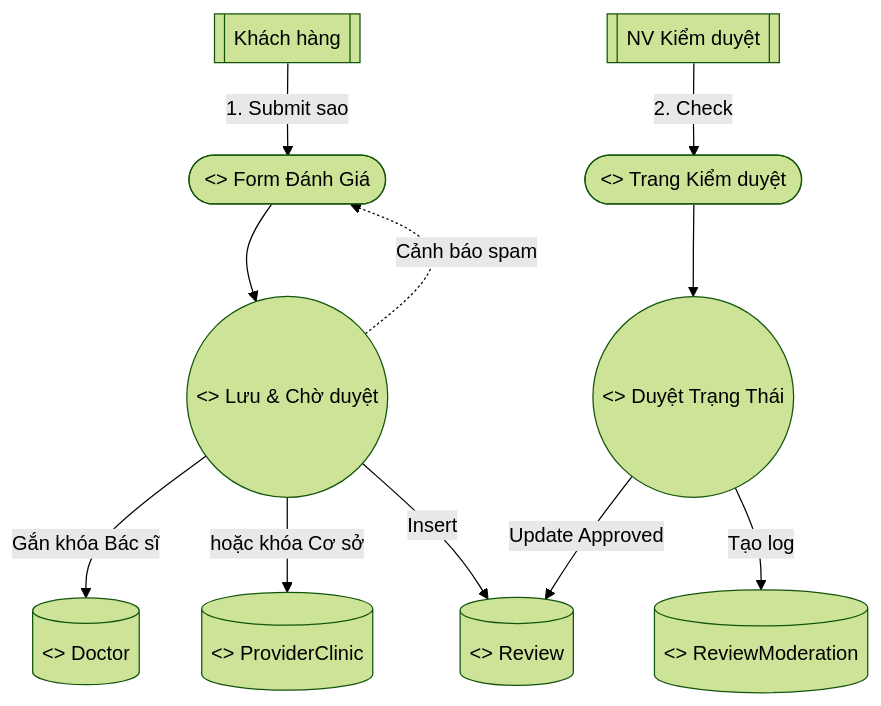
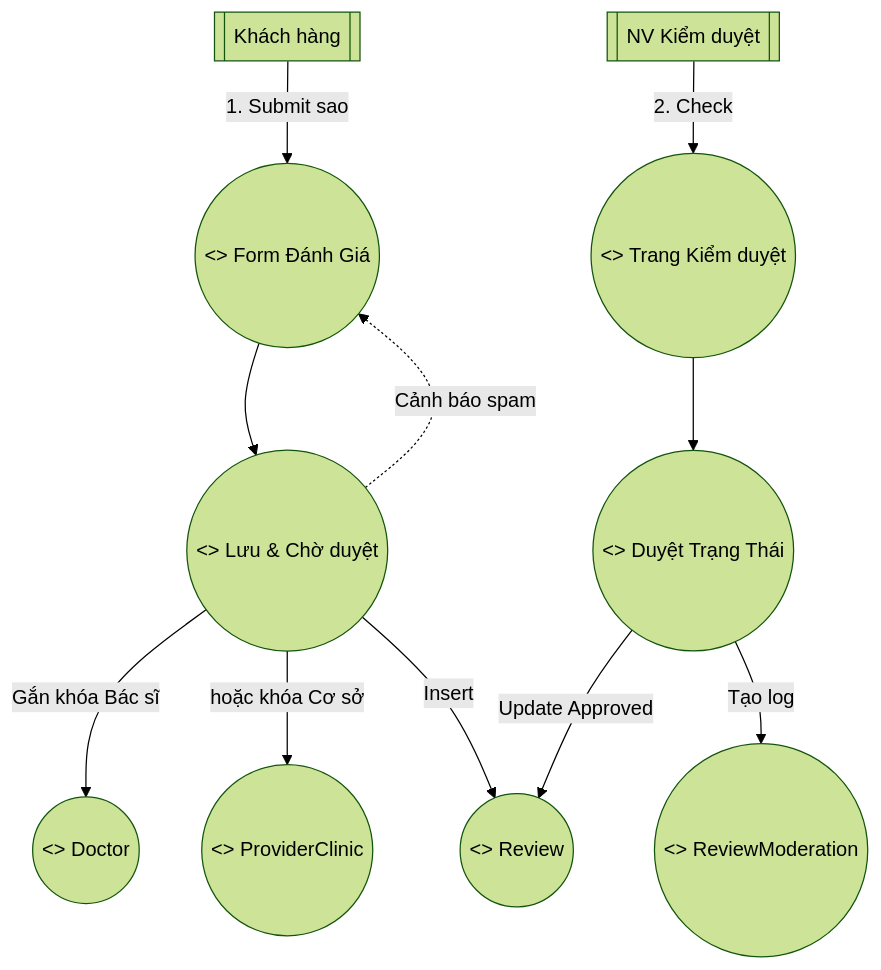
Before and after one commit to qhun22/qq: the seventh of 10 diagrams in README.md, drawn with Mermaid (forest theme). The commit also changed other lines of this file, not shown here.

````diff
--- a/README.md
+++ b/README.md
@@ -358,28 +273,28 @@
 ```mermaid
 flowchart TD
   A_CUS[[Khách hàng]]
   A_MOD[[NV Kiểm duyệt]]
   
-  B_REV([<<boundary>> Form Đánh Giá])
-  B_MOD([<<boundary>> Trang Kiểm duyệt])
+  B_REV((<<boundary>> Form Đánh Giá))
+  B_MOD((<<boundary>> Trang Kiểm duyệt))
   
   C_SEND((<<control>> Lưu & Chờ duyệt))
   C_MOD((<<control>> Duyệt Trạng Thái))
   
-  E_REV[(<<entity>> Review)]
-  E_REV_MOD[(<<entity>> ReviewModeration)]
-  E_DOC[(<<entity>> Doctor)]
-  E_CLINIC[(<<entity>> ProviderClinic)]
+  E_REV((<<entity>> Review))
+  E_REV_MOD((<<entity>> ReviewModeration))
+  E_DOC((<<entity>> Doctor))
+  E_CLINIC((<<entity>> ProviderClinic))
 
   A_CUS -->|1. Submit sao| B_REV
   B_REV --> C_SEND
   C_SEND -->|Gắn khóa Bác sĩ| E_DOC
   C_SEND -->|hoặc khóa Cơ sở| E_CLINIC
   C_SEND -->|Insert| E_REV
   C_SEND -.->|Cảnh báo spam| B_REV
   
   A_MOD -->|2. Check| B_MOD
   B_MOD --> C_MOD
   C_MOD -->|Tạo log| E_REV_MOD
   C_MOD -->|Update Approved| E_REV
 ```
````
